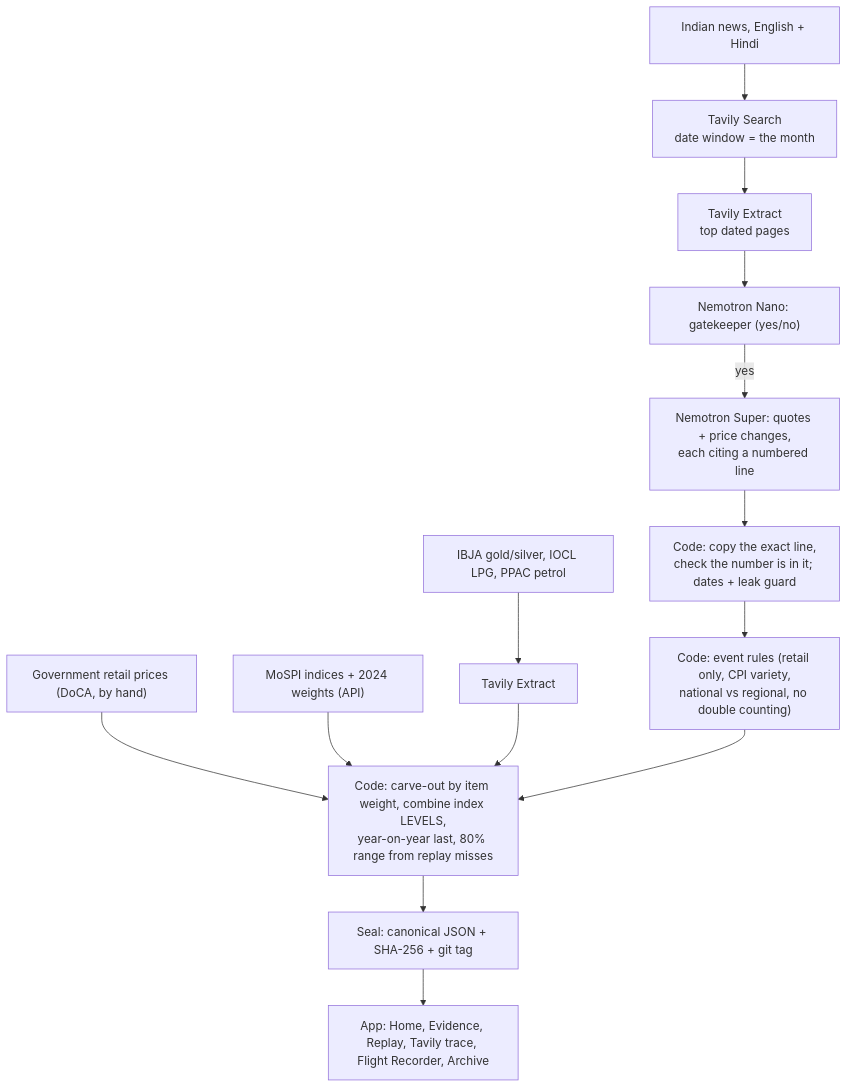
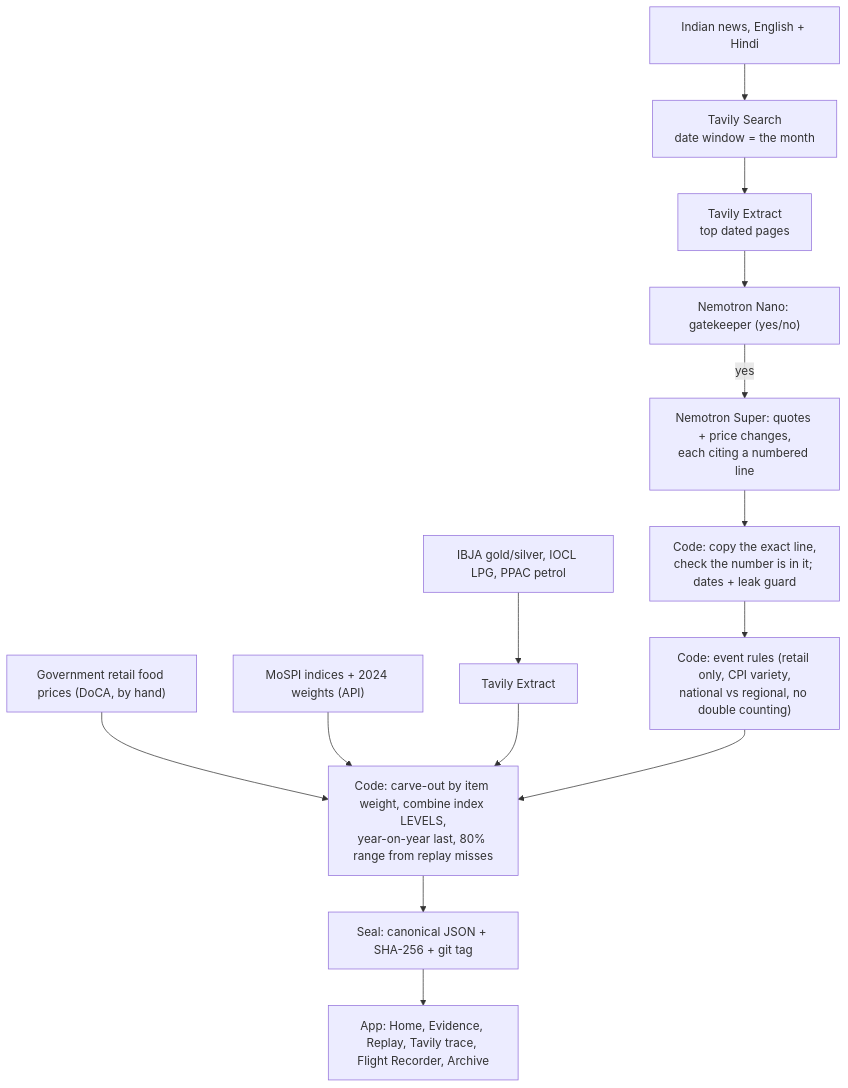
Before and after one commit to bhavikjain026/shadow-cpi: the diagram in README.md, drawn with Mermaid. The commit also changed other lines of this file and 6 other files, not shown here.

````diff
--- a/README.md
+++ b/README.md
@@ -59,16 +70,16 @@
 ```mermaid
 flowchart TD
     NEWS["Indian news, English + Hindi"] --> S["Tavily Search<br/>date window = the month"]
     S --> X["Tavily Extract<br/>top dated pages"]
     OBS["IBJA gold/silver, IOCL LPG, PPAC petrol"] --> X2["Tavily Extract"]
     X --> G["Nemotron Nano: gatekeeper (yes/no)"]
     G -- yes --> M["Nemotron Super: quotes + price changes,<br/>each citing a numbered line"]
     M --> V["Code: copy the exact line,<br/>check the number is in it; dates + leak guard"]
     V --> R["Code: event rules (retail only, CPI variety,<br/>national vs regional, no double counting)"]
-    SPINE["Government retail prices (DoCA, by hand)"] --> C
+    FOOD["Government retail food prices (DoCA, by hand)"] --> C
     MOSPI["MoSPI indices + 2024 weights (API)"] --> C
     X2 --> C
     R --> C["Code: carve-out by item weight, combine index LEVELS,<br/>year-on-year last, 80% range from replay misses"]
     C --> SEAL["Seal: canonical JSON + SHA-256 + git tag"]
     SEAL --> APP["App: Home, Evidence, Replay, Tavily trace, Flight Recorder, Archive"]
 ```
````
